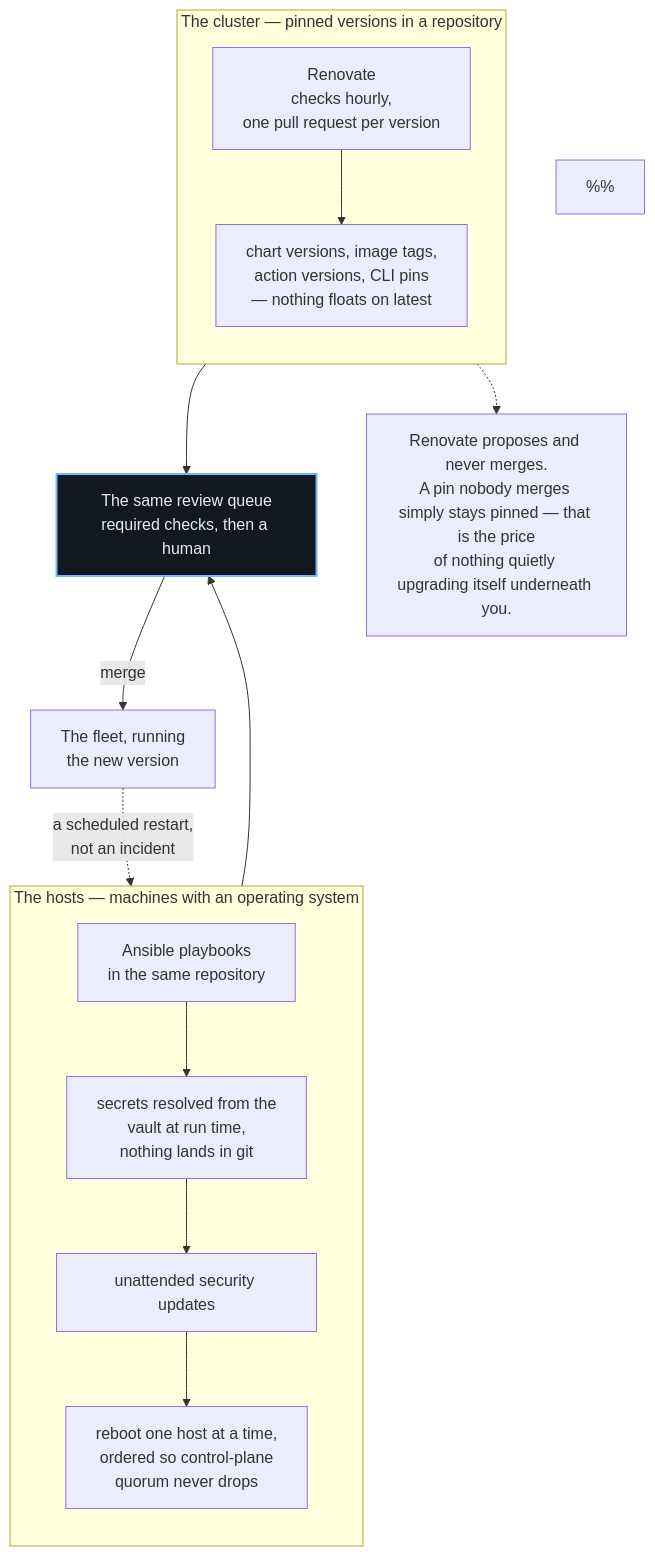
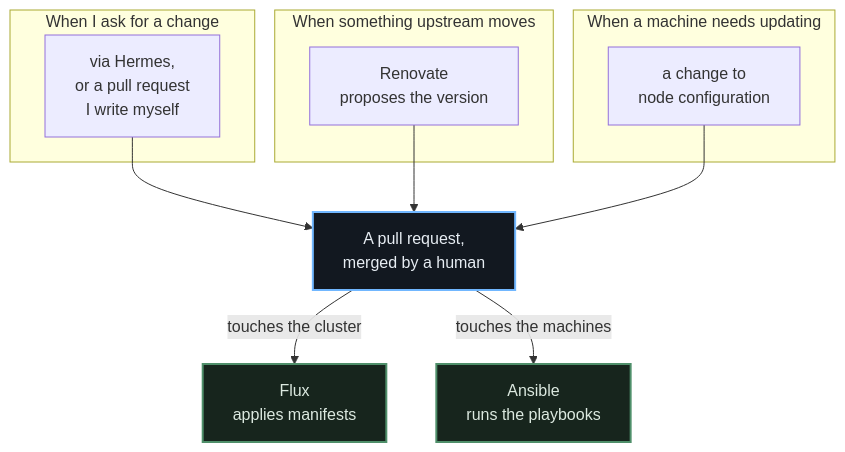
One commit to kg6zjl/clusters changed the diagram in documentation/site-diagrams/src/patching.mmd. Above: the diagram before and after it, drawn with Mermaid. The commit also changed 27 other files, not shown here.

```diff
--- a/documentation/site-diagrams/src/patching.mmd
+++ b/documentation/site-diagrams/src/patching.mmd
@@ -1,39 +1,38 @@
 flowchart TB
-%% Two different problems that people usually solve with one bad habit: logging in and running
-%% something. The hosts are machines with an operating system. The cluster is a set of pinned
-%% versions in a repository. Both are handled as code; neither is handled by a shell.
-%%
-%% The dashed arrow is the consequence that makes host reboots a dashboard annotation rather than
-%% a page — the patching mechanism is *designed* to restart nodes on a timetable, so a restart is
-%% the mechanism working rather than an incident.
+%% Three reasons a change exists, one gate, and two ways it is applied.
 
-  subgraph hosts["The hosts — machines with an operating system"]
-    direction TB
-    playbooks["Ansible playbooks<br/>in the same repository"]
-    resolve["secrets resolved from the<br/>vault at run time,<br/>nothing lands in git"]
-    updates["unattended security updates"]
-    reboot["reboot one host at a time,<br/>ordered so control-plane<br/>quorum never drops"]
-    playbooks --> resolve --> updates --> reboot
+%% A change is only ever written by opening a pull request, and that pull request only counts once a
+%% human merges it. What the merged diff then touches decides who applies it: a manifest goes
+%% through Flux to the cluster, and a node-configuration change goes through Ansible to the machines.
+%% Nothing here is a shell run on a host.
+
+  subgraph byrequest["When I ask for a change"]
+    ask["via Hermes,<br/>or a pull request<br/>I write myself"]
   end
 
-  subgraph manifests["The cluster — pinned versions in a repository"]
-    direction TB
-    renovate["Renovate<br/>checks hourly,<br/>one pull request per version"]
-    pins["chart versions, image tags,<br/>action versions, CLI pins<br/>— nothing floats on latest"]
-    renovate --> pins
+  subgraph upstream["When something upstream moves"]
+    renovate["Renovate<br/>proposes the version"]
   end
 
-  pr["The same review queue<br/>required checks, then a human"]
-  fleet["The fleet, running<br/>the new version"]
+  subgraph machine["When a machine needs updating"]
+    nodeconfig["a change to<br/>node configuration"]
+  end
 
-  hosts --> pr
-  manifests --> pr
-  pr -->|"merge"| fleet
-  fleet -.->|"a scheduled restart,<br/>not an incident"| reboot
+  pr["A pull request,<br/>merged by a human"]
+  flux["Flux<br/>applies manifests"]
+  ansible["Ansible<br/>runs the playbooks"]
 
-  note["Renovate proposes and never merges.<br/>A pin nobody merges simply stays pinned — that is the price<br/>of nothing quietly upgrading itself underneath you."]
+  ask --> pr
+  renovate --> pr
+  nodeconfig --> pr
 
-  renovate -.-> note
+  pr -->|"touches the cluster"| flux
+  pr -->|"touches the machines"| ansible
 
-  classDef gate fill:#121820,stroke:#71b7ff,stroke-width:2px,color:#e7edf3
-  class pr gate
+  %% Blue is the gate every change passes, green is where a merged change lands. The three reasons
+  %% stay uncoloured: they are just three ways a pull request gets opened, not a ranking.
+  classDef control fill:#121820,stroke:#71b7ff,stroke-width:2px,color:#e7edf3
+  classDef ok fill:#17251d,stroke:#4f8f6a,stroke-width:2px,color:#dce9e0
+
+  class pr control
+  class flux,ansible ok
```
